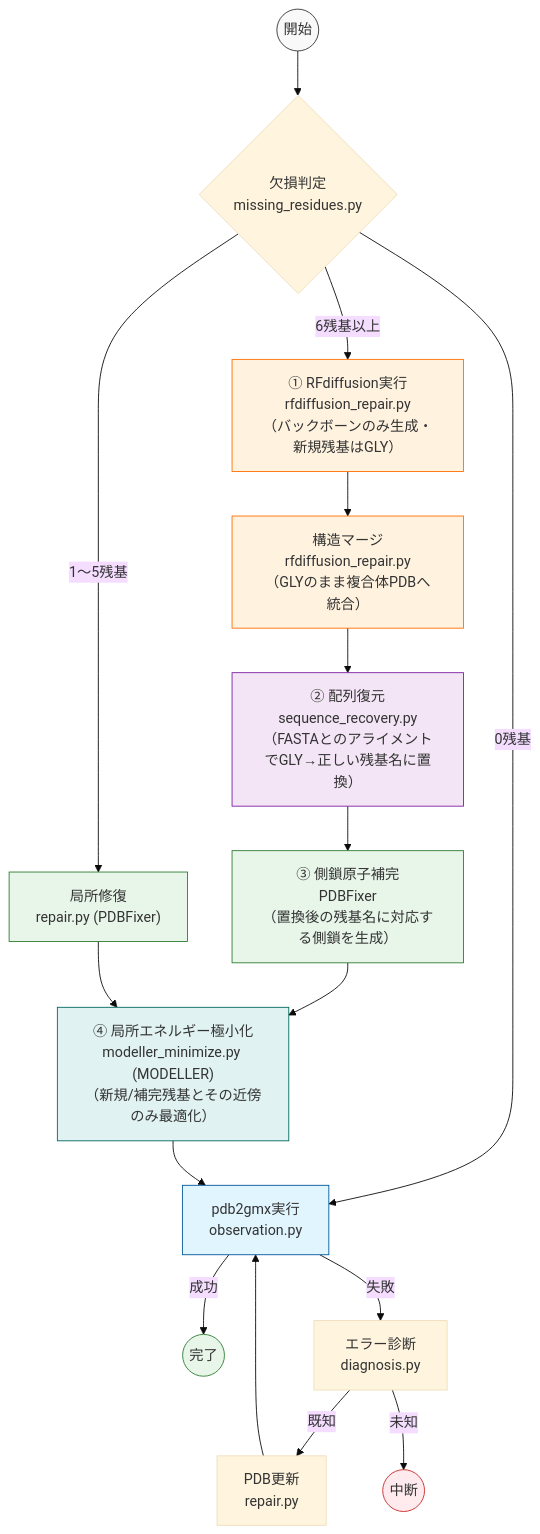
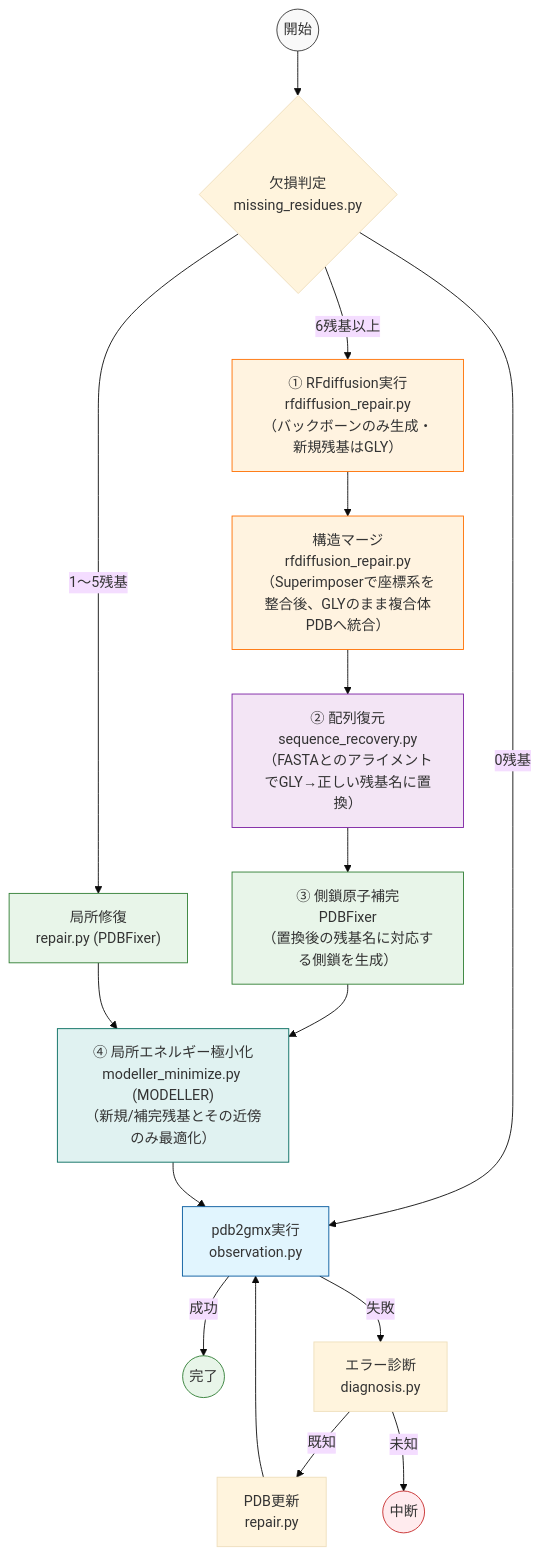
The first of 3 diagrams in README.md (nakamura26002002921-a11y/gromacs_recovery), drawn with Mermaid (base theme) before and after one commit. The commit also changed other lines of this file, not shown here.

````diff
--- a/README.md
+++ b/README.md
@@ -13,36 +13,36 @@
 ```mermaid
 graph TD
     Start(("開始")) --> Check{"欠損判定<br>missing_residues.py"}
 
     Check -->|6残基以上| RFDiff["① RFdiffusion実行<br>rfdiffusion_repair.py<br>（バックボーンのみ生成・新規残基はGLY）"]
     Check -->|1〜5残基| PDBFix["局所修復<br>repair.py (PDBFixer)"]
     Check -->|0残基| RunGmx["pdb2gmx実行<br>observation.py"]
 
-    RFDiff --> Merge["構造マージ<br>rfdiffusion_repair.py<br>（GLYのまま複合体PDBへ統合）"]
+    RFDiff --> Merge["構造マージ<br>rfdiffusion_repair.py<br>（Superimposerで座標系を整合後、GLYのまま複合体PDBへ統合）"]
     Merge --> SeqRec["② 配列復元<br>sequence_recovery.py<br>（FASTAとのアライメントでGLY→正しい残基名に置換）"]
     SeqRec --> FillAtoms["③ 側鎖原子補完<br>PDBFixer<br>（置換後の残基名に対応する側鎖を生成）"]
 
     FillAtoms --> Minimize["④ 局所エネルギー極小化<br>modeller_minimize.py (MODELLER)<br>（新規/補完残基とその近傍のみ最適化）"]
     PDBFix --> Minimize
 
     Minimize --> RunGmx
 
     RunGmx -->|成功| Save(("完了"))
     RunGmx -->|失敗| Diag["エラー診断<br>diagnosis.py"]
 
     Diag -->|既知| Update["PDB更新<br>repair.py"]
     Diag -->|未知| Fail(("中断"))
 
     Update --> RunGmx
 
     style Start fill:#f9f9f9,stroke:#333
     style RunGmx fill:#e1f5fe,stroke:#01579b
     style RFDiff fill:#fff3e0,stroke:#ff6f00
     style Merge fill:#fff3e0,stroke:#ff6f00
     style PDBFix fill:#e8f5e9,stroke:#2e7d32
     style FillAtoms fill:#e8f5e9,stroke:#2e7d32
     style SeqRec fill:#f3e5f5,stroke:#7b1fa2
     style Minimize fill:#e0f2f1,stroke:#00695c
     style Save fill:#e8f5e9,stroke:#2e7d32
     style Fail fill:#ffebee,stroke:#c62828
 ```
````
